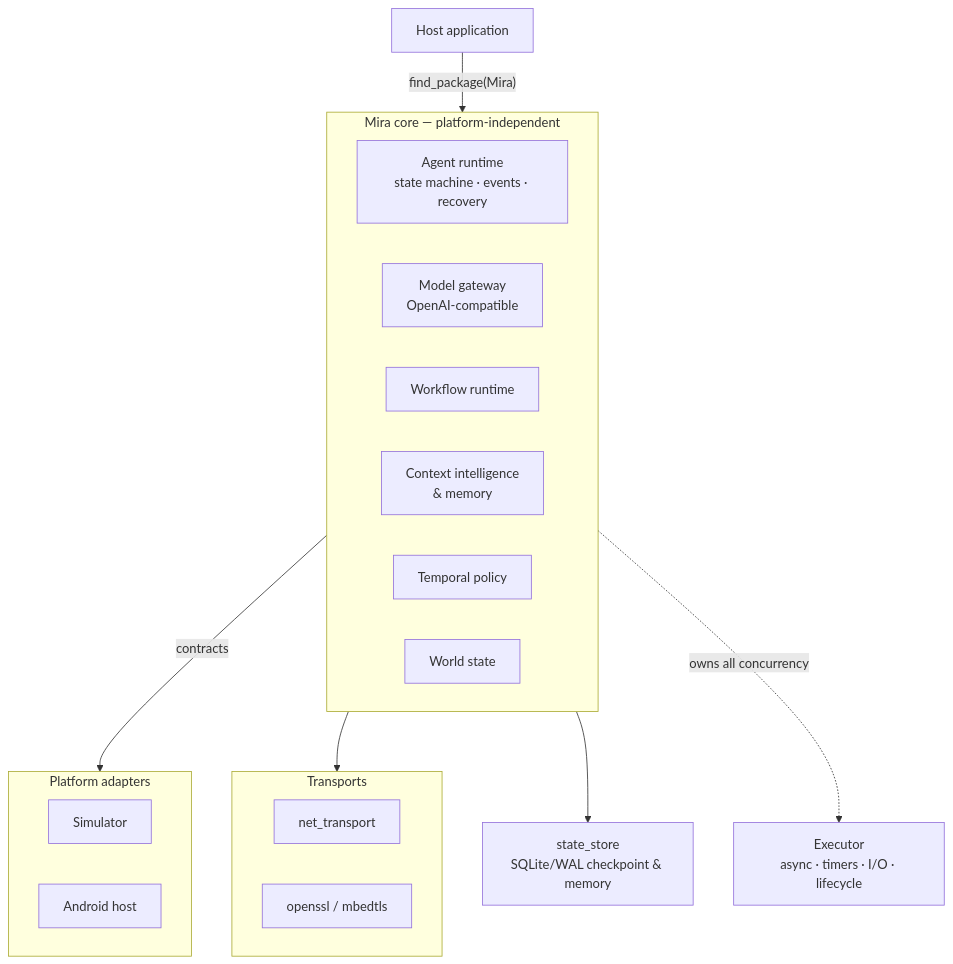
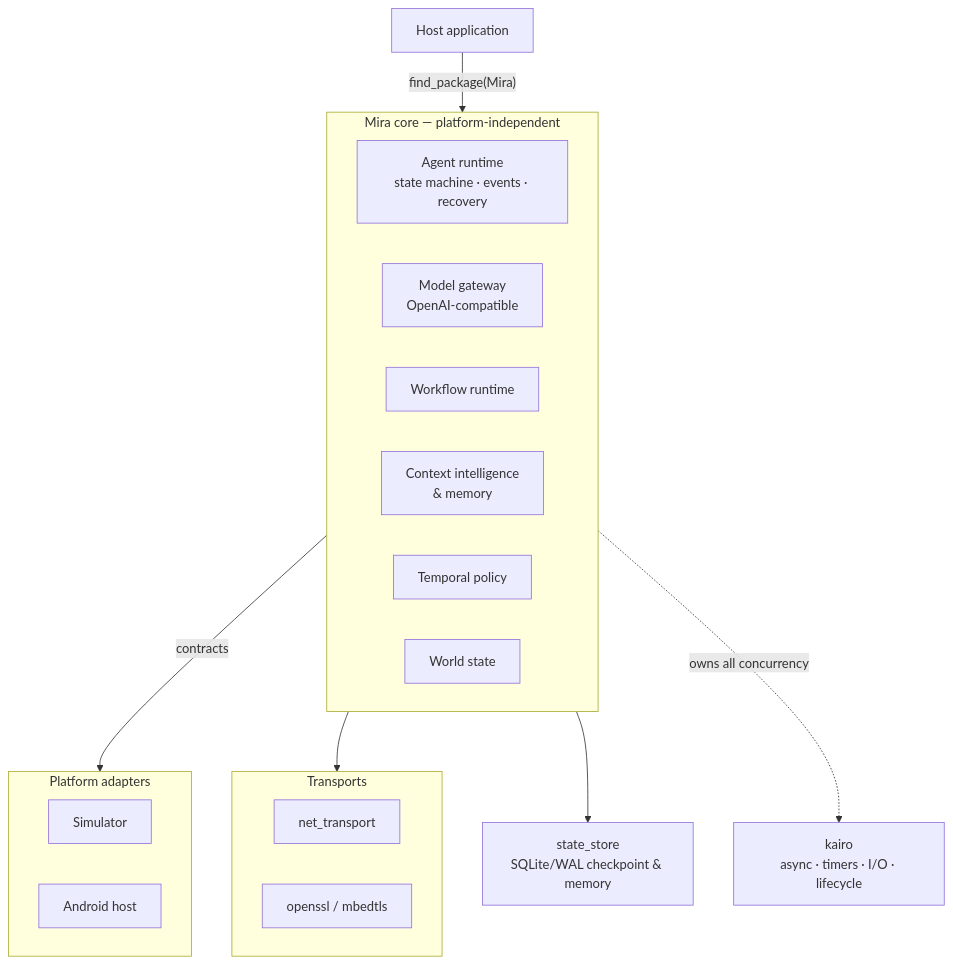
The diagram in README.md (Linductor-alkaid/mira), drawn with Mermaid before and after one commit. The commit also changed other lines of this file and 98 other files, not shown here.

````diff
--- a/README.md
+++ b/README.md
@@ -38,33 +38,33 @@
 ```mermaid
 flowchart TB
     app["Host application"]
 
     subgraph core["Mira core — platform-independent"]
         direction LR
         loop["Agent runtime<br/>state machine · events · recovery"]
         model["Model gateway<br/>OpenAI-compatible"]
         wf["Workflow runtime"]
         ctx["Context intelligence<br/>& memory"]
         tp["Temporal policy"]
         ws["World state"]
     end
 
     subgraph adapters["Platform adapters"]
         sim["Simulator"]
         android["Android host"]
     end
 
     subgraph transports["Transports"]
         net["net_transport"]
         tls["openssl / mbedtls"]
     end
 
     store["state_store<br/>SQLite/WAL checkpoint & memory"]
-    exec["Executor<br/>async · timers · I/O · lifecycle"]
+    exec["kairo<br/>async · timers · I/O · lifecycle"]
 
     app -->|"find_package(Mira)"| core
     core -->|"contracts"| adapters
     model --> transports
     core --> store
     core -.->|"owns all concurrency"| exec
 ```
````
